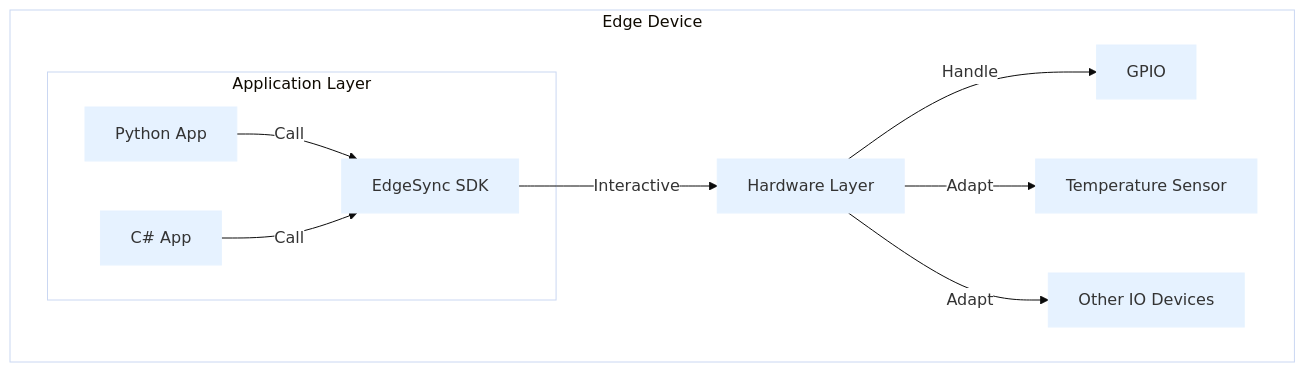
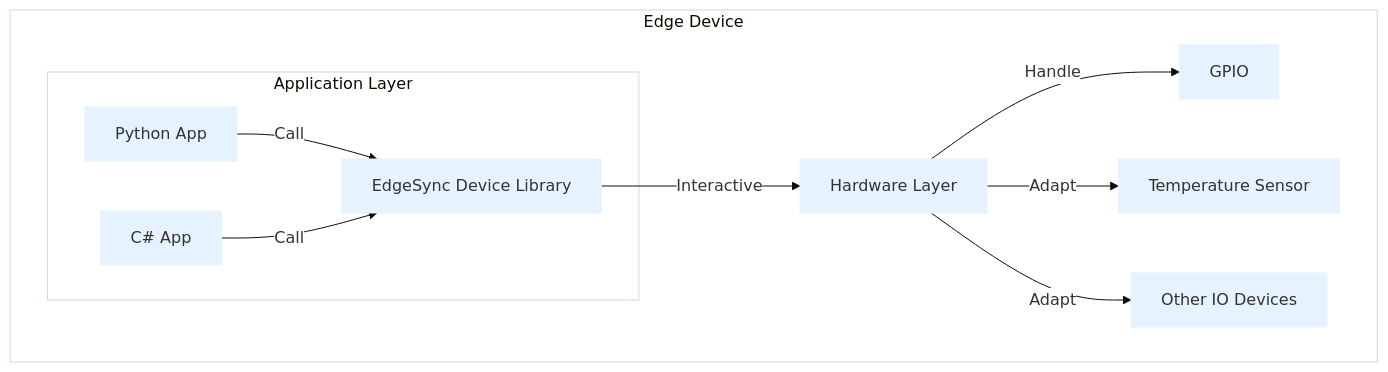
The first of 4 diagrams in EdgeSync/library/Architecture.md (kkman021/LearnPortal), drawn with Mermaid before and after one commit. The commit also changed other lines of this file and 2 other files, not shown here.

````diff
--- a/EdgeSync/library/Architecture.md
+++ b/EdgeSync/library/Architecture.md
@@ -15,22 +15,26 @@
 ```mermaid
 %%{init: {'theme': 'base', 'themeVariables': { 'primaryColor': '#e6f2ff', 'primaryBorderColor': '#e6f2ff', 'secondaryColor': '#ffffff', 'tertiaryColor': '#f0f5ff', 'clusterBkg': '#ffffff', 'subGraphBkg': '#ffffff' }}}%%
 graph TB
     subgraph "Edge Device"
-        E[Hardware Layer]
+E[Hardware Layer]
+        F[GPIO]
+        G[Temperature Sensor]
+        H[Other IO Devices]
+E[Hardware Layer]
         F[GPIO]
         G[Temperature Sensor]
         H[Other IO Devices]
         subgraph "Application Layer"
             A[Python App]
             B[C# App]
-            D[EdgeSync SDK]
+            D[EdgeSync Device Library]
         end
     end
 
     A -->|Call| D
     B -->|Call| D
     D -->|Interactive| E
     E -->|Handle| F
     E -->|Adapt| G
     E -->|Adapt| H
 ```
````
